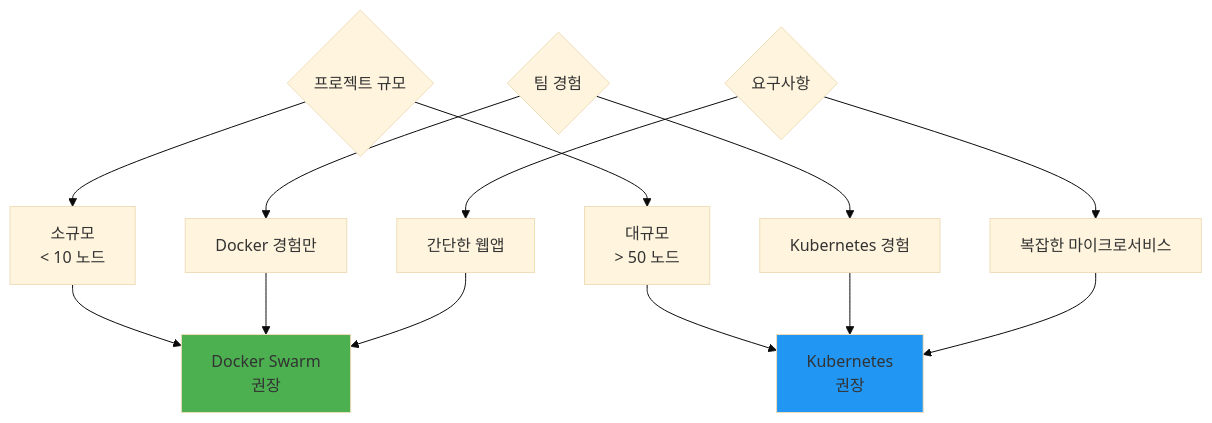
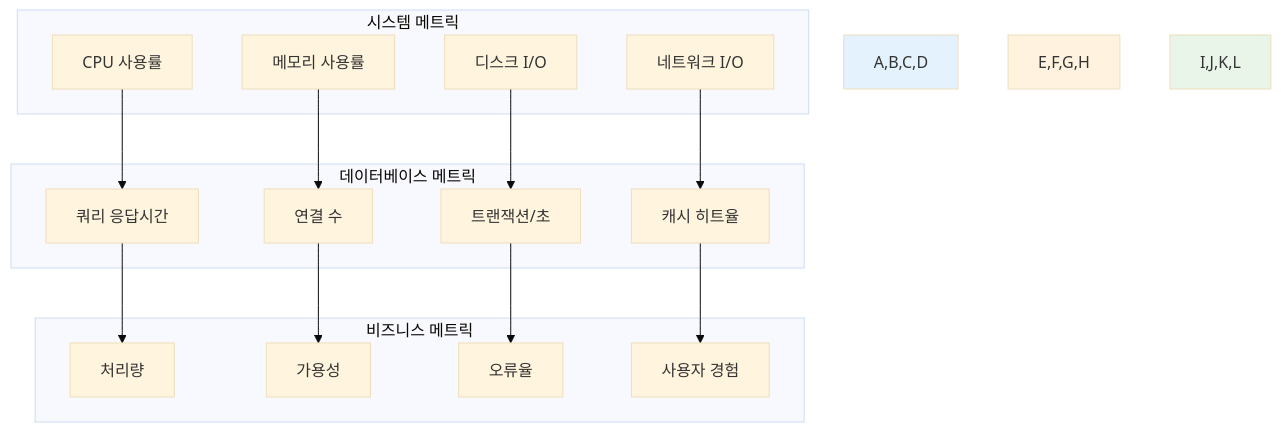
Before and after one commit to niceguy61/kdt_devops_lecture_2025: the second of 2 diagrams in theory/week_02/day2/session_3.md, drawn with Mermaid (base theme). The commit also changed other lines of this file and 70 other files, not shown here.

````diff
--- a/theory/week_02/day2/session_3.md
+++ b/theory/week_02/day2/session_3.md
@@ -112,23 +216,32 @@
 ```mermaid
 graph TB
-    A{프로젝트 규모} --> B[소규모<br/>< 10 노드]
-    A --> C[대규모<br/>> 50 노드]
+    subgraph "시스템 메트릭"
+        A[CPU 사용률]
+        B[메모리 사용률]
+        C[디스크 I/O]
+        D[네트워크 I/O]
+    end
     
-    B --> D[Docker Swarm<br/>권장]
-    C --> E[Kubernetes<br/>권장]
+    subgraph "데이터베이스 메트릭"
+        E[쿼리 응답시간]
+        F[연결 수]
+        G[트랜잭션/초]
+        H[캐시 히트율]
+    end
     
-    F{팀 경험} --> G[Docker 경험만]
-    F --> H[Kubernetes 경험]
+    subgraph "비즈니스 메트릭"
+        I[처리량]
+        J[가용성]
+        K[오류율]
+        L[사용자 경험]
+    end
     
-    G --> D
-    H --> E
+    A --> E --> I
+    B --> F --> J
+    C --> G --> K
+    D --> H --> L
     
-    I{요구사항} --> J[간단한 웹앱]
-    I --> K[복잡한 마이크로서비스]
-    
-    J --> D
-    K --> E
-    
-    style D fill:#4caf50
-    style E fill:#2196f3
+    style A,B,C,D fill:#e3f2fd
+    style E,F,G,H fill:#fff3e0
+    style I,J,K,L fill:#e8f5e8
 ```
````
